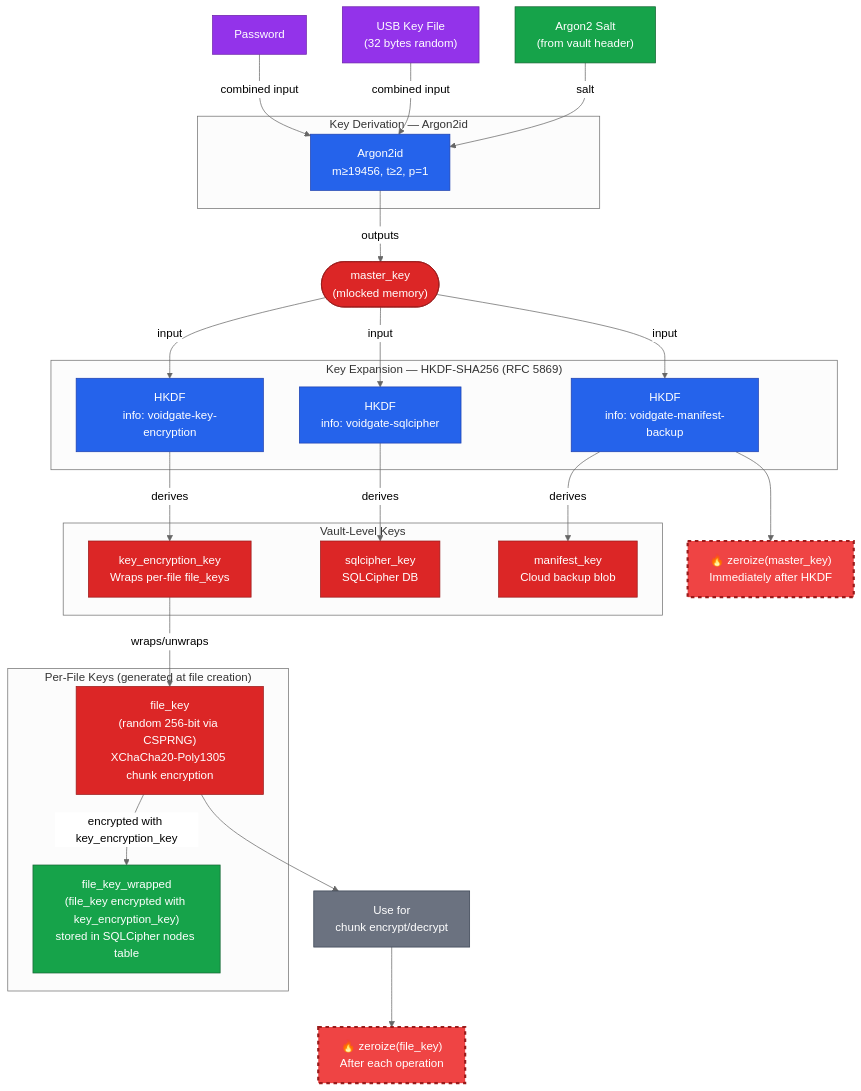
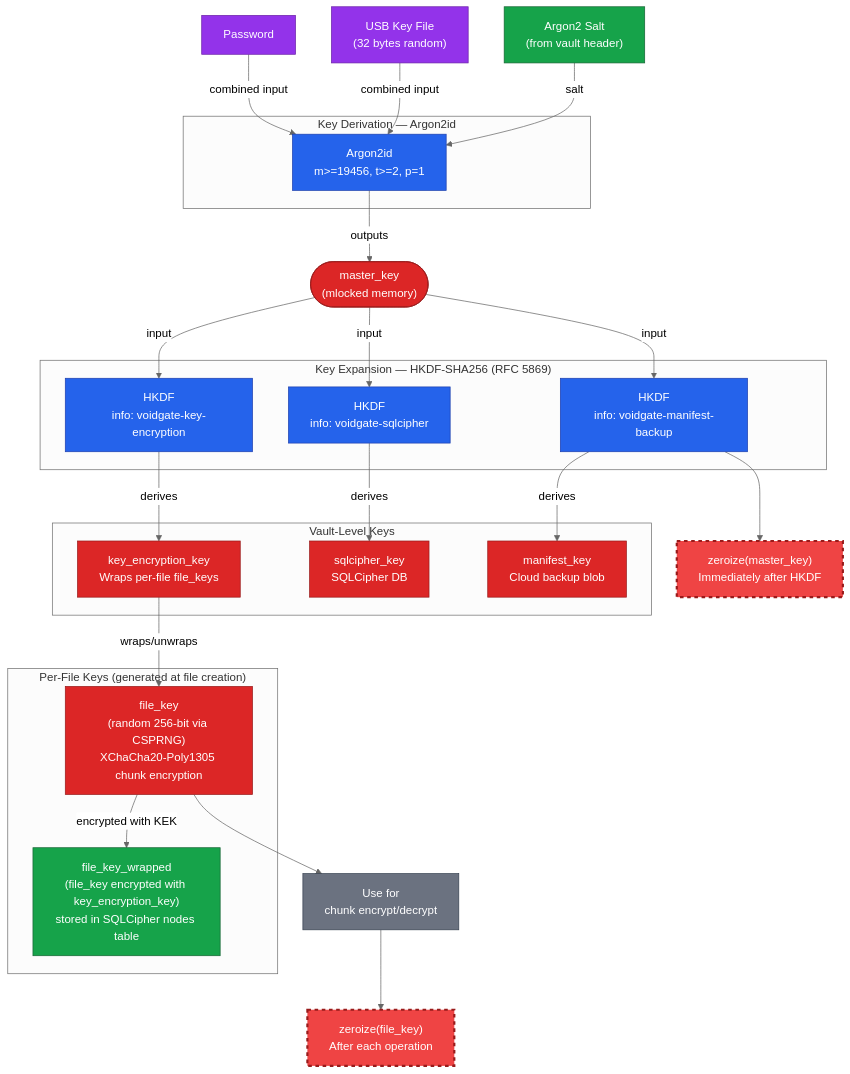
One commit to salgaard/arx-runa changed the diagram in docs/architecture/designs/cryptographic-primitives/diagrams/key-derivation-tree.md. Above: the diagram before and after it, drawn with Mermaid (neutral theme). The commit also changed 7 other files, not shown here.

````diff
--- a/docs/architecture/designs/cryptographic-primitives/diagrams/key-derivation-tree.md
+++ b/docs/architecture/designs/cryptographic-primitives/diagrams/key-derivation-tree.md
@@ -6,58 +6,58 @@
 ```mermaid
 flowchart TD
     PW["Password"]:::user
     KF["USB Key File<br/>(32 bytes random)"]:::user
     SALT["Argon2 Salt<br/>(from vault header)"]:::storage
 
     subgraph KDF ["Key Derivation — Argon2id"]
-        ARGON["Argon2id<br/>m≥19456, t≥2, p=1"]:::crypto
+        ARGON["Argon2id<br/>m>=19456, t>=2, p=1"]:::crypto
     end
 
     MK_NODE(["master_key<br/>(mlocked memory)"]):::secret
 
     subgraph HKDF_LAYER ["Key Expansion — HKDF-SHA256 (RFC 5869)"]
         HKDF1["HKDF<br/>info: voidgate-key-encryption"]:::crypto
         HKDF2["HKDF<br/>info: voidgate-sqlcipher"]:::crypto
         HKDF3["HKDF<br/>info: voidgate-manifest-backup"]:::crypto
     end
 
     subgraph VAULT_KEYS ["Vault-Level Keys"]
         KEK["key_encryption_key<br/>Wraps per-file file_keys"]:::secret
         SK["sqlcipher_key<br/>SQLCipher DB"]:::secret
         MK["manifest_key<br/>Cloud backup blob"]:::secret
     end
 
     subgraph PER_FILE ["Per-File Keys (generated at file creation)"]
         FK["file_key<br/>(random 256-bit via CSPRNG)<br/>XChaCha20-Poly1305 chunk encryption"]:::secret
         FKW["file_key_wrapped<br/>(file_key encrypted with key_encryption_key)<br/>stored in SQLCipher nodes table"]:::storage
     end
 
-    PW -->|"combined input"| ARGON
-    KF -->|"combined input"| ARGON
-    SALT -->|"salt"| ARGON
+    PW -->|combined input| ARGON
+    KF -->|combined input| ARGON
+    SALT -->|salt| ARGON
 
-    ARGON -->|"outputs"| MK_NODE
+    ARGON -->|outputs| MK_NODE
 
-    MK_NODE -->|"input"| HKDF1
-    MK_NODE -->|"input"| HKDF2
-    MK_NODE -->|"input"| HKDF3
+    MK_NODE -->|input| HKDF1
+    MK_NODE -->|input| HKDF2
+    MK_NODE -->|input| HKDF3
 
-    HKDF1 -->|"derives"| KEK
-    HKDF2 -->|"derives"| SK
-    HKDF3 -->|"derives"| MK
+    HKDF1 -->|derives| KEK
+    HKDF2 -->|derives| SK
+    HKDF3 -->|derives| MK
 
-    HKDF3 --> ZEROIZE_MK["🔥 zeroize(master_key)<br/>Immediately after HKDF"]:::zeroize
+    HKDF3 --> ZEROIZE_MK["zeroize(master_key)<br/>Immediately after HKDF"]:::zeroize
 
-    KEK -->|"wraps/unwraps"| FK
-    FK -->|"encrypted with key_encryption_key"| FKW
+    KEK -->|wraps/unwraps| FK
+    FK -->|encrypted with KEK| FKW
 
     FK --> USE_FK["Use for<br/>chunk encrypt/decrypt"]:::proc
-    USE_FK --> ZEROIZE_FK["🔥 zeroize(file_key)<br/>After each operation"]:::zeroize
+    USE_FK --> ZEROIZE_FK["zeroize(file_key)<br/>After each operation"]:::zeroize
 
     classDef secret fill:#dc2626,stroke:#991b1b,color:#fff
     classDef crypto fill:#2563eb,stroke:#1e40af,color:#fff
     classDef storage fill:#16a34a,stroke:#166534,color:#fff
     classDef user fill:#9333ea,stroke:#6b21a8,color:#fff
     classDef zeroize fill:#ef4444,stroke:#991b1b,color:#fff,stroke-width:3px,stroke-dasharray:5 5
     classDef proc fill:#6b7280,stroke:#374151,color:#fff
 ```
````
